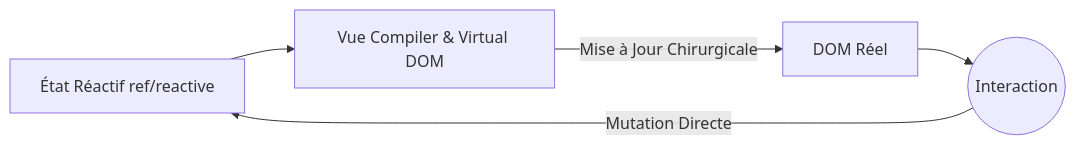
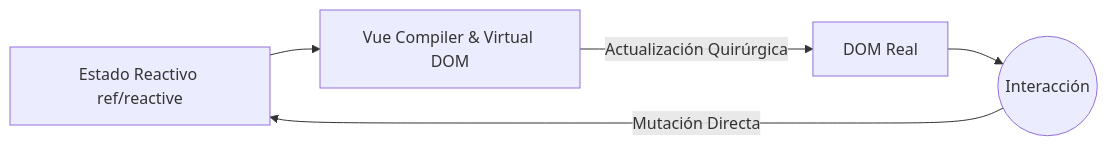
One commit to gjpierp/nmergeia changed the first of 3 diagrams in public/docs/fr/ext_vue_inicial.md. Above: the diagram before and after it, drawn with Mermaid. The commit also changed other lines of this file and 518 other files, not shown here.

````diff
--- a/public/docs/fr/ext_vue_inicial.md
+++ b/public/docs/fr/ext_vue_inicial.md
@@ -8,7 +8,7 @@
 ```mermaid
 graph LR
-    Estado[État Réactif ref/reactive] --> VueEngine[Vue Compiler & Virtual DOM]
-    VueEngine -->|Mise à Jour Chirurgicale| DOM[DOM Réel]
-    DOM --> Usuario((Interaction))
-    Usuario -->|Mutation Directe| Estado
+    Estado[Estado Reactivo ref/reactive] --> VueEngine[Vue Compiler & Virtual DOM]
+    VueEngine -->|Actualización Quirúrgica| DOM[DOM Real]
+    DOM --> Usuario((Interacción))
+    Usuario -->|Mutación Directa| Estado
 ```
````
